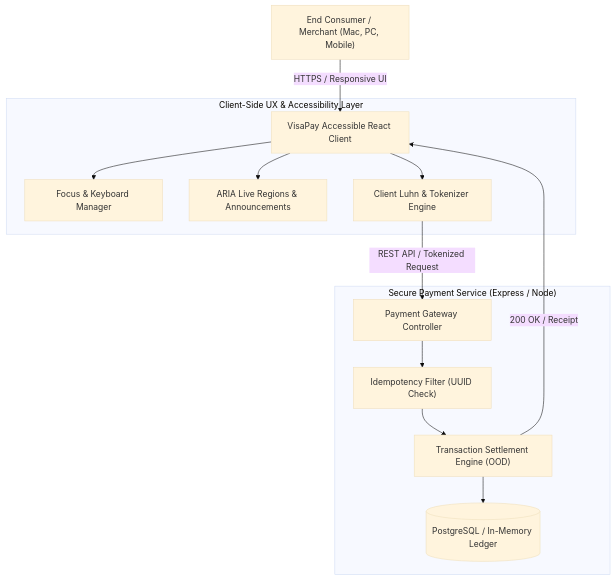
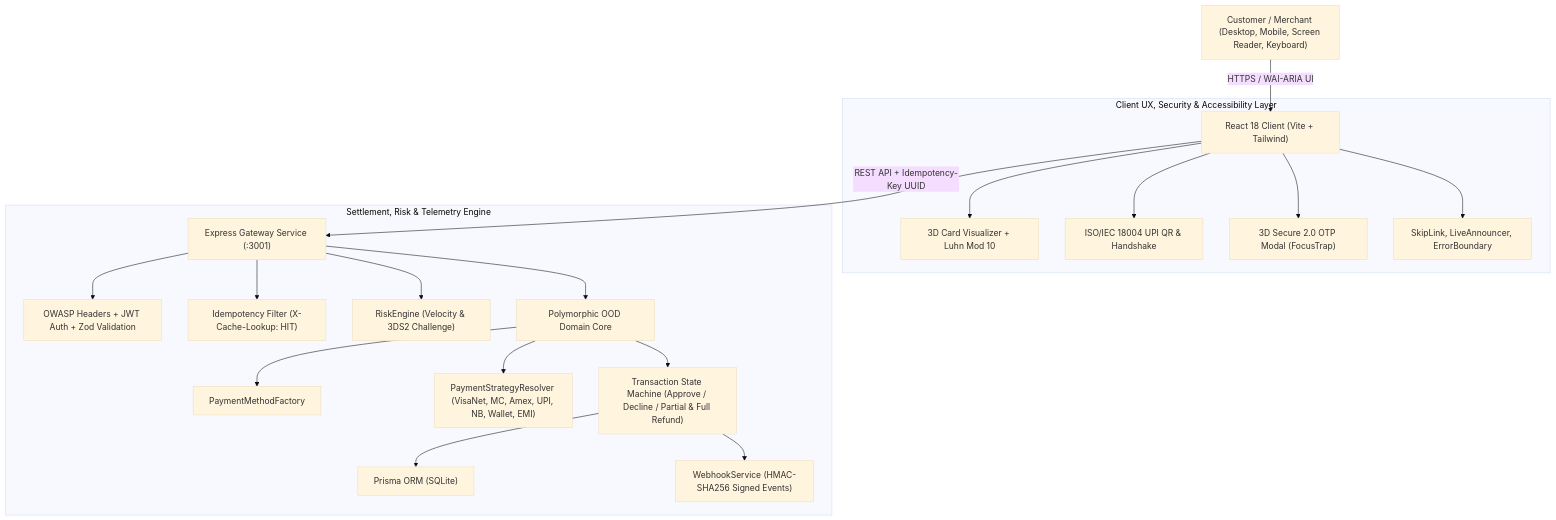
One commit to anuragsinghmusics-wq/visapay-accessible-payment-gateway changed the diagram in README.md. Above: the diagram before and after it, drawn with Mermaid (base theme). The commit also changed other lines of this file and 100 other files, not shown here.

Commit message:
feat: upgrade VisaPay to enterprise multi-rail payment gateway with ISO UPI QR, 3DS2, refunds, payment links, and HMAC webhooks

````diff
--- a/README.md
+++ b/README.md
@@ -73,19 +32,27 @@
 ```mermaid
 flowchart TD
-    User["End Consumer / Merchant (Mac, PC, Mobile)"] -->|HTTPS / Responsive UI| Frontend["VisaPay Accessible React Client"]
-    
-    subgraph Client Architecture ["Client-Side UX & Accessibility Layer"]
-        Frontend --> FocusMgr["Focus & Keyboard Manager"]
-        Frontend --> ARIA["ARIA Live Regions & Announcements"]
-        Frontend --> FormValidation["Client Luhn & Tokenizer Engine"]
+    User["Customer / Merchant (Desktop, Mobile, Screen Reader, Keyboard)"] -->|HTTPS / WAI-ARIA UI| ReactClient["React 18 Client (Vite + Tailwind)"]
+
+    subgraph ClientLayer ["Client UX, Security & Accessibility Layer"]
+        ReactClient --> Card3D["3D Card Visualizer + Luhn Mod 10"]
+        ReactClient --> RealQR["ISO/IEC 18004 UPI QR & Handshake"]
+        ReactClient --> ThreeDS["3D Secure 2.0 OTP Modal (FocusTrap)"]
+        ReactClient --> A11y["SkipLink, LiveAnnouncer, ErrorBoundary"]
     end
 
-    subgraph Service Backend ["Secure Payment Service (Express / Node)"]
-        FormValidation -->|REST API / Tokenized Request| API["Payment Gateway Controller"]
-        API --> Idempotency["Idempotency Filter (UUID Check)"]
-        Idempotency --> PaymentProcessor["Transaction Settlement Engine (OOD)"]
-        PaymentProcessor --> DB[("PostgreSQL / In-Memory Ledger")]
+    ReactClient -->|REST API + Idempotency-Key UUID| ExpressAPI["Express Gateway Service (:3001)"]
+
+    subgraph BackendLayer ["Settlement, Risk & Telemetry Engine"]
+        ExpressAPI --> Security["OWASP Headers + JWT Auth + Zod Validation"]
+        ExpressAPI --> Idempotency["Idempotency Filter (X-Cache-Lookup: HIT)"]
+        ExpressAPI --> Risk["RiskEngine (Velocity & 3DS2 Challenge)"]
+        ExpressAPI --> OOD["Polymorphic OOD Domain Core"]
+
+        OOD --> Factory["PaymentMethodFactory"]
+        OOD --> Strategy["PaymentStrategyResolver (VisaNet, MC, Amex, UPI, NB, Wallet, EMI)"]
+        OOD --> StateMachine["Transaction State Machine (Approve / Decline / Partial & Full Refund)"]
+
+        StateMachine --> Prisma["Prisma ORM (SQLite)"]
+        StateMachine --> Webhooks["WebhookService (HMAC-SHA256 Signed Events)"]
     end
-
-    PaymentProcessor -->|200 OK / Receipt| Frontend
 ```
````
